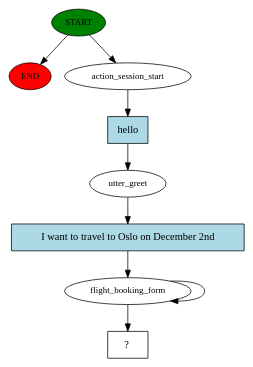
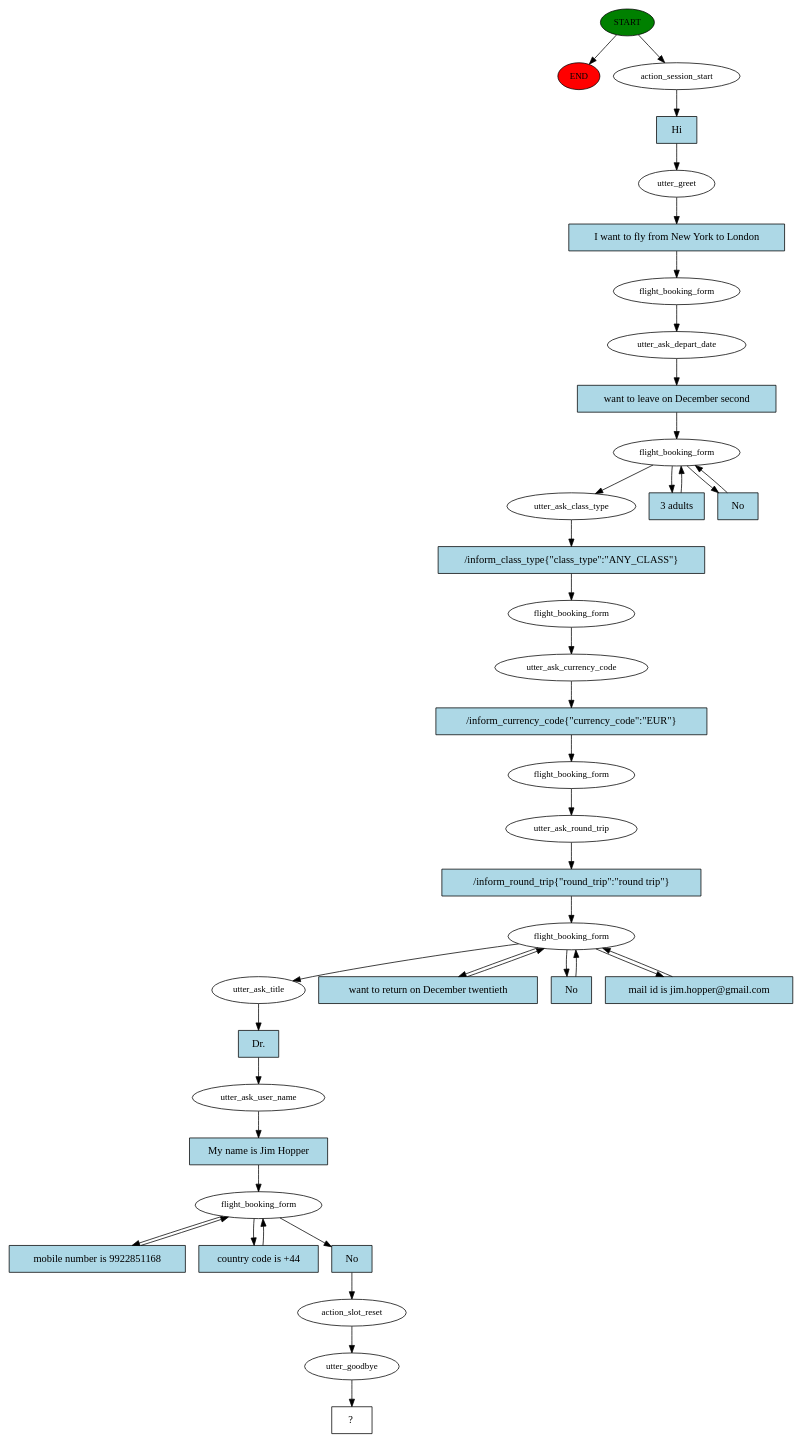
One commit to DaVeY79/intelligent-flight-agent changed the diagram in story_graph.dot. Above: the diagram before and after it, drawn with Graphviz. The commit also changed 7 other files, not shown here.

Commit message:
Fixed depart date slot setting, added config file and added any class to class_type

```diff
--- a/story_graph.dot
+++ b/story_graph.dot
@@ -1,18 +1,78 @@
 digraph  {
 0 [class="start active", fillcolor=green, fontsize=12, label=START, style=filled];
 "-1" [class=end, fillcolor=red, fontsize=12, label=END, style=filled];
 1 [class=active, fontsize=12, label=action_session_start];
 2 [class=active, fontsize=12, label=utter_greet];
 3 [class=active, fontsize=12, label=flight_booking_form];
-6 [class="intent dashed active", label="  ?  ", shape=rect];
-7 [class="intent active", fillcolor=lightblue, label=hello, shape=rect, style=filled];
-8 [class="intent active", fillcolor=lightblue, label="I want to travel to Oslo on December 2nd", shape=rect, style=filled];
+4 [class=active, fontsize=12, label=utter_ask_depart_date];
+5 [class=active, fontsize=12, label=flight_booking_form];
+9 [class=active, fontsize=12, label=utter_ask_class_type];
+10 [class=active, fontsize=12, label=flight_booking_form];
+11 [class=active, fontsize=12, label=utter_ask_currency_code];
+12 [class=active, fontsize=12, label=flight_booking_form];
+13 [class=active, fontsize=12, label=utter_ask_round_trip];
+14 [class=active, fontsize=12, label=flight_booking_form];
+18 [class=active, fontsize=12, label=utter_ask_title];
+19 [class=active, fontsize=12, label=utter_ask_user_name];
+20 [class=active, fontsize=12, label=flight_booking_form];
+23 [class=active, fontsize=12, label=action_slot_reset];
+24 [class=active, fontsize=12, label=utter_goodbye];
+25 [class="intent dashed active", label="  ?  ", shape=rect];
+26 [class="intent active", fillcolor=lightblue, label=Hi, shape=rect, style=filled];
+27 [class="intent active", fillcolor=lightblue, label="I want to fly from New York to London", shape=rect, style=filled];
+28 [class="intent active", fillcolor=lightblue, label="want to leave on December second", shape=rect, style=filled];
+29 [class="intent active", fillcolor=lightblue, label="3 adults", shape=rect, style=filled];
+30 [class="intent active", fillcolor=lightblue, label=No, shape=rect, style=filled];
+31 [class="intent active", fillcolor=lightblue, label="/inform_class_type{\"class_type\":\"ANY_CLASS\"}", shape=rect, style=filled];
+32 [class="intent active", fillcolor=lightblue, label="/inform_currency_code{\"currency_code\":\"EUR\"}", shape=rect, style=filled];
+33 [class="intent active", fillcolor=lightblue, label="/inform_round_trip{\"round_trip\":\"round trip\"}", shape=rect, style=filled];
+34 [class="intent active", fillcolor=lightblue, label="want to return on December twentieth", shape=rect, style=filled];
+35 [class="intent active", fillcolor=lightblue, label=No, shape=rect, style=filled];
+36 [class="intent active", fillcolor=lightblue, label="mail id is jim.hopper@gmail.com", shape=rect, style=filled];
+37 [class="intent active", fillcolor=lightblue, label="Dr.", shape=rect, style=filled];
+38 [class="intent active", fillcolor=lightblue, label="My name is Jim Hopper", shape=rect, style=filled];
+39 [class="intent active", fillcolor=lightblue, label="mobile number is 9922851168", shape=rect, style=filled];
+40 [class="intent active", fillcolor=lightblue, label="country code is +44", shape=rect, style=filled];
+41 [class="intent active", fillcolor=lightblue, label=No, shape=rect, style=filled];
 0 -> "-1"  [class="", key=NONE, label=""];
 0 -> 1  [class=active, key=NONE, label=""];
-1 -> 7  [class=active, key=0];
-2 -> 8  [class=active, key=0];
-3 -> 3  [class=active, key=NONE, label=""];
-3 -> 6  [class=active, key=NONE, label=""];
-7 -> 2  [class=active, key=0];
-8 -> 3  [class=active, key=0];
+1 -> 26  [class=active, key=0];
+2 -> 27  [class=active, key=0];
+3 -> 4  [class=active, key=NONE, label=""];
+4 -> 28  [class=active, key=0];
+5 -> 9  [class=active, key=NONE, label=""];
+5 -> 29  [class=active, key=0];
+5 -> 30  [class=active, key=0];
+9 -> 31  [class=active, key=0];
+10 -> 11  [class=active, key=NONE, label=""];
+11 -> 32  [class=active, key=0];
+12 -> 13  [class=active, key=NONE, label=""];
+13 -> 33  [class=active, key=0];
+14 -> 18  [class=active, key=NONE, label=""];
+14 -> 34  [class=active, key=0];
+14 -> 35  [class=active, key=0];
+14 -> 36  [class=active, key=0];
+18 -> 37  [class=active, key=0];
+19 -> 38  [class=active, key=0];
+20 -> 39  [class=active, key=0];
+20 -> 40  [class=active, key=0];
+20 -> 41  [class=active, key=0];
+23 -> 24  [class=active, key=NONE, label=""];
+24 -> 25  [class=active, key=NONE, label=""];
+26 -> 2  [class=active, key=0];
+27 -> 3  [class=active, key=0];
+28 -> 5  [class=active, key=0];
+29 -> 5  [class=active, key=0];
+30 -> 5  [class=active, key=0];
+31 -> 10  [class=active, key=0];
+32 -> 12  [class=active, key=0];
+33 -> 14  [class=active, key=0];
+34 -> 14  [class=active, key=0];
+35 -> 14  [class=active, key=0];
+36 -> 14  [class=active, key=0];
+37 -> 19  [class=active, key=0];
+38 -> 20  [class=active, key=0];
+39 -> 20  [class=active, key=0];
+40 -> 20  [class=active, key=0];
+41 -> 23  [class=active, key=0];
 }
```
